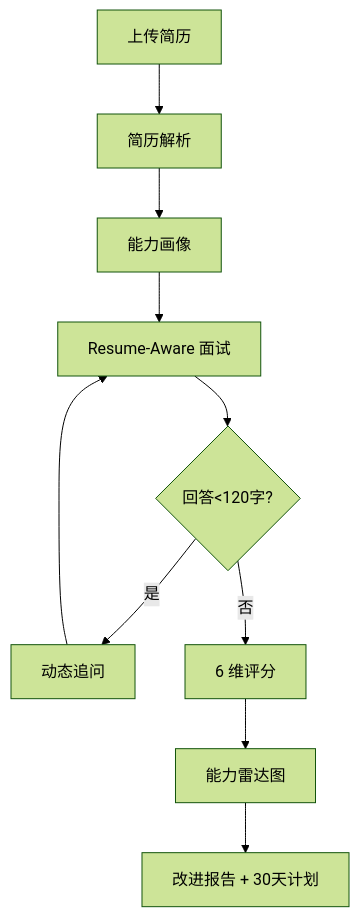
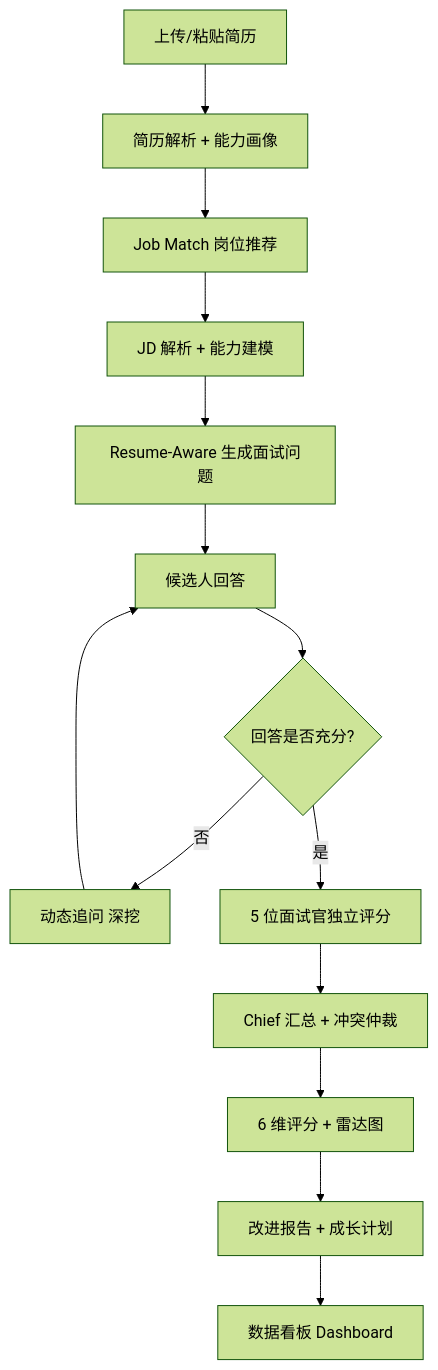
The second of 2 diagrams in README.md (Joezy331/resume-aware-interview-agent), drawn with Mermaid (forest theme) before and after one commit. The commit also changed other lines of this file and 28 other files, not shown here.

First line of the commit message:
fix: center repo on V3.0 prototype; correct implemented features vs real roadmap

````diff
--- a/README.md
+++ b/README.md
@@ -111,12 +144,16 @@
 ```mermaid
 flowchart TD
-    A[上传简历] --> B[简历解析]
-    B --> C[能力画像]
-    C --> D[Resume-Aware 面试]
-    D --> E{回答<120字?}
-    E -- 是 --> F[动态追问]
-    F --> D
-    E -- 否 --> G[6 维评分]
-    G --> H[能力雷达图]
-    H --> I[改进报告 + 30天计划]
+    A[上传/粘贴简历] --> B[简历解析 + 能力画像]
+    B --> C[Job Match 岗位推荐]
+    C --> D[JD 解析 + 能力建模]
+    D --> E[Resume-Aware 生成面试问题]
+    E --> F[候选人回答]
+    F --> G{回答是否充分?}
+    G -- 否 --> H[动态追问 深挖]
+    H --> F
+    G -- 是 --> I[5 位面试官独立评分]
+    I --> J[Chief 汇总 + 冲突仲裁]
+    J --> K[6 维评分 + 雷达图]
+    K --> L[改进报告 + 成长计划]
+    L --> M[数据看板 Dashboard]
 ```
````
